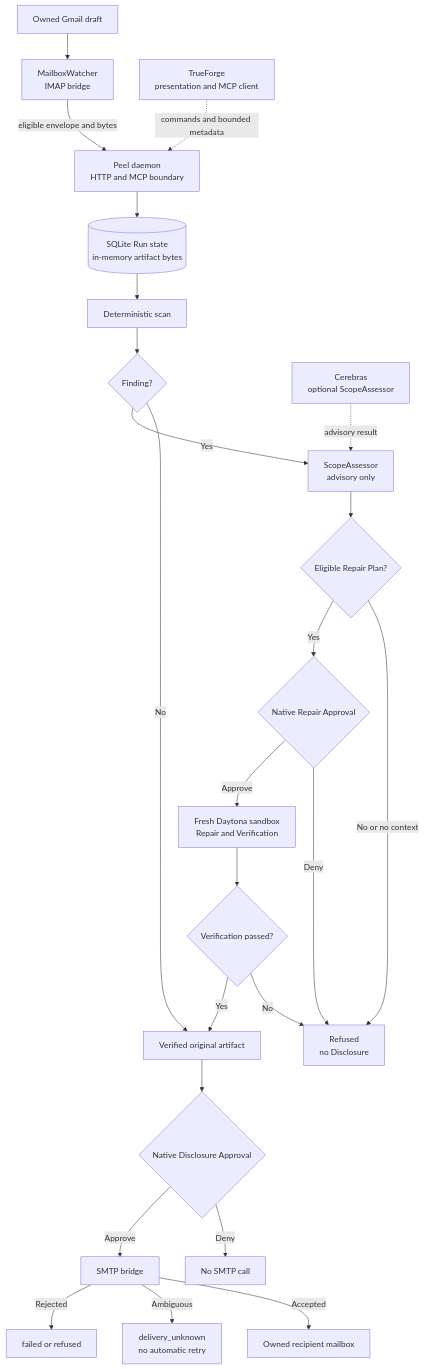
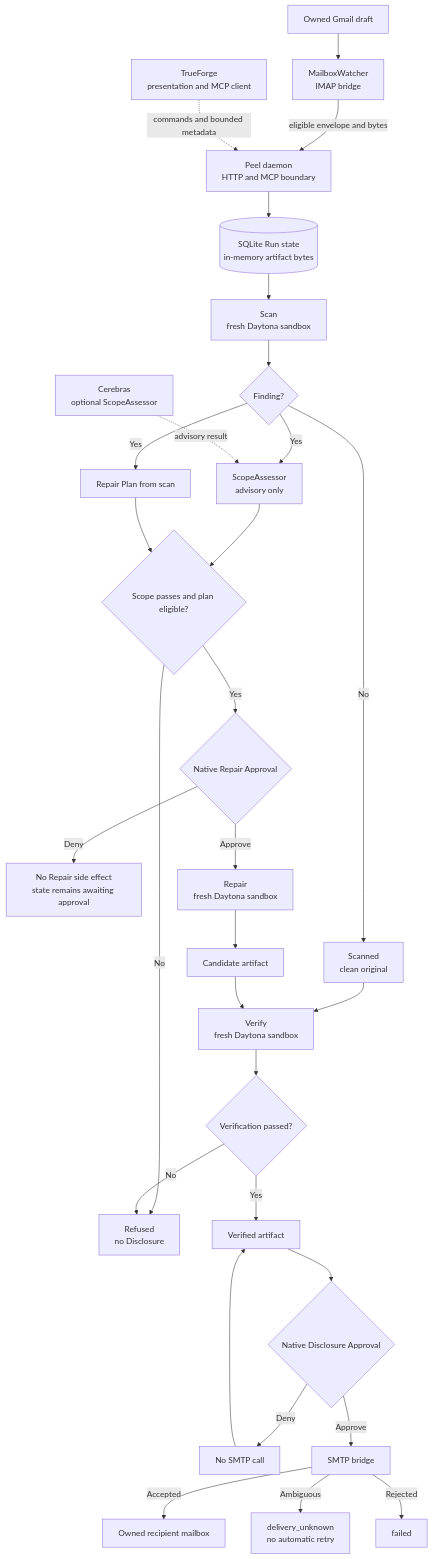
The diagram in README.md (sivaratrisrinivas/peel), drawn with Mermaid before and after one commit. The commit also changed other lines of this file, not shown here.

Commit message:
docs: correct system architecture flow

````diff
--- a/README.md
+++ b/README.md
@@ -30,26 +35,32 @@
 ```mermaid
 flowchart TD
     Draft["Owned Gmail draft"] --> Watcher["MailboxWatcher<br/>IMAP bridge"]
     Watcher -->|eligible envelope and bytes| Daemon["Peel daemon<br/>HTTP and MCP boundary"]
     Daemon --> Store[("SQLite Run state<br/>in-memory artifact bytes")]
-    Store --> Scan["Deterministic scan"]
+    Store --> Scan["Scan<br/>fresh Daytona sandbox"]
     Scan --> Finding{"Finding?"}
-    Finding -- "No" --> Verified["Verified original artifact"]
+    Finding -- "No" --> Scanned["Scanned<br/>clean original"]
     Finding -- "Yes" --> Scope["ScopeAssessor<br/>advisory only"]
-    Scope --> Plan{"Eligible Repair Plan?"}
-    Plan -- "No or no context" --> Refused["Refused<br/>no Disclosure"]
-    Plan -- "Yes" --> RepairApproval{"Native Repair Approval"}
-    RepairApproval -- "Deny" --> Refused
-    RepairApproval -- "Approve" --> Daytona["Fresh Daytona sandbox<br/>Repair and Verification"]
-    Daytona --> Verification{"Verification passed?"}
+    Finding -- "Yes" --> Plan["Repair Plan from scan"]
+    Scope --> PlanGate{"Scope passes and plan eligible?"}
+    Plan --> PlanGate
+    PlanGate -- "No" --> Refused["Refused<br/>no Disclosure"]
+    PlanGate -- "Yes" --> RepairApproval{"Native Repair Approval"}
+    RepairApproval -- "Deny" --> RepairHeld["No Repair side effect<br/>state remains awaiting approval"]
+    RepairApproval -- "Approve" --> Repair["Repair<br/>fresh Daytona sandbox"]
+    Repair --> Candidate["Candidate artifact"]
+    Scanned --> Verify["Verify<br/>fresh Daytona sandbox"]
+    Candidate --> Verify
+    Verify --> Verification{"Verification passed?"}
     Verification -- "No" --> Refused
-    Verification -- "Yes" --> Verified
+    Verification -- "Yes" --> Verified["Verified artifact"]
     Verified --> DisclosureApproval{"Native Disclosure Approval"}
     DisclosureApproval -- "Deny" --> NoSMTP["No SMTP call"]
+    NoSMTP --> Verified
     DisclosureApproval -- "Approve" --> SMTP["SMTP bridge"]
     SMTP -- "Accepted" --> Recipient["Owned recipient mailbox"]
     SMTP -- "Ambiguous" --> Unknown["delivery_unknown<br/>no automatic retry"]
-    SMTP -- "Rejected" --> Failed["failed or refused"]
+    SMTP -- "Rejected" --> Failed["failed"]
     TrueForge["TrueForge<br/>presentation and MCP client"] -. "commands and bounded metadata" .-> Daemon
     Cerebras["Cerebras<br/>optional ScopeAssessor"] -. "advisory result" .-> Scope
 ```
````
